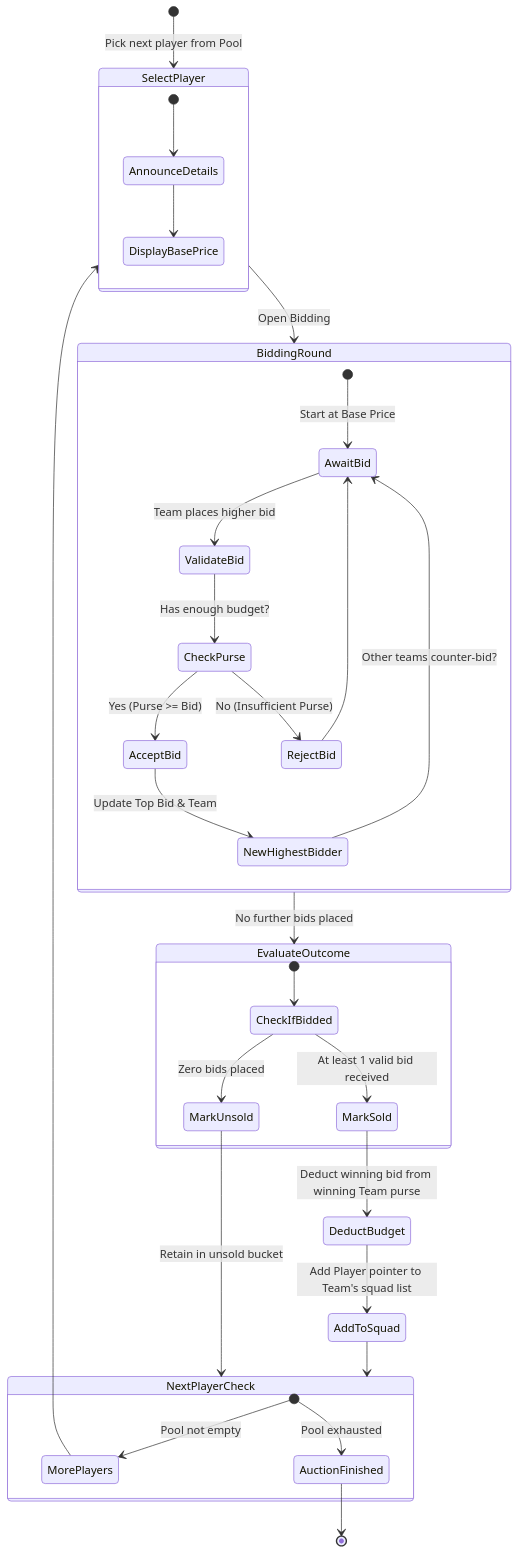
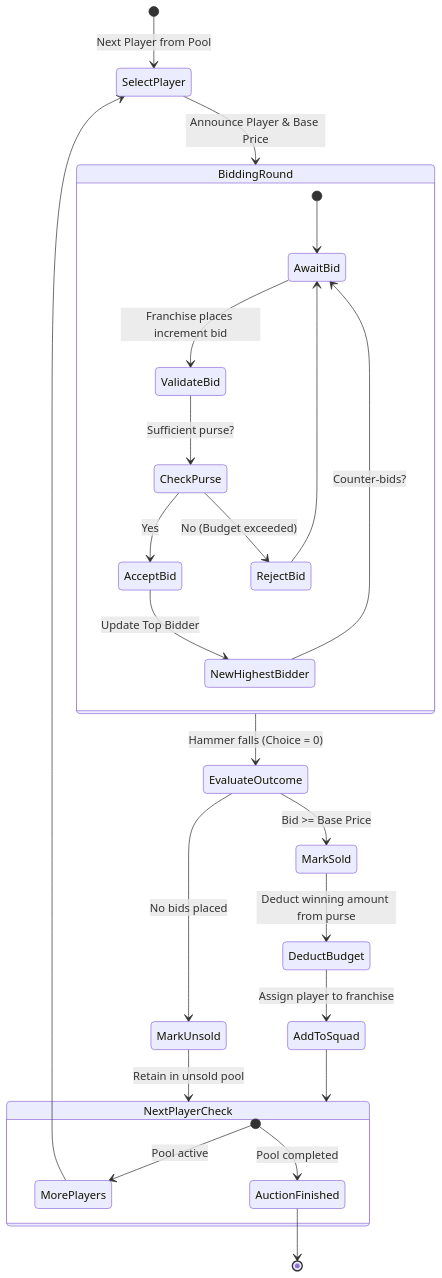
One commit to sumitmule86-netizen/IOOP-project changed the third of 3 diagrams in README.md. Above: the diagram before and after it, drawn with Mermaid. The commit also changed other lines of this file and 2 other files, not shown here.

Commit message:
Refactor to pure Player Auction Management System: remove tournament module and streamline code

````diff
--- a/README.md
+++ b/README.md
@@ -254,46 +194,34 @@
 ```mermaid
 stateDiagram-v2
-    [*] --> SelectPlayer : Pick next player from Pool
+    [*] --> SelectPlayer : Next Player from Pool
+    SelectPlayer --> BiddingRound : Announce Player & Base Price
     
-    state SelectPlayer {
-        [*] --> AnnounceDetails
-        AnnounceDetails --> DisplayBasePrice
+    state BiddingRound {
+        [*] --> AwaitBid
+        AwaitBid --> ValidateBid : Franchise places increment bid
+        ValidateBid --> CheckPurse : Sufficient purse?
+        CheckPurse --> AcceptBid : Yes
+        CheckPurse --> RejectBid : No (Budget exceeded)
+        RejectBid --> AwaitBid
+        AcceptBid --> NewHighestBidder : Update Top Bidder
+        NewHighestBidder --> AwaitBid : Counter-bids?
     }
 
-    SelectPlayer --> BiddingRound : Open Bidding
-    
-    state BiddingRound {
-        [*] --> AwaitBid : Start at Base Price
-        AwaitBid --> ValidateBid : Team places higher bid
-        ValidateBid --> CheckPurse : Has enough budget?
-        
-        CheckPurse --> AcceptBid : Yes (Purse >= Bid)
-        CheckPurse --> RejectBid : No (Insufficient Purse)
-        RejectBid --> AwaitBid
-        
-        AcceptBid --> NewHighestBidder : Update Top Bid & Team
-        NewHighestBidder --> AwaitBid : Other teams counter-bid?
-    }
+    BiddingRound --> EvaluateOutcome : Hammer falls (Choice = 0)
+    EvaluateOutcome --> MarkSold : Bid >= Base Price
+    EvaluateOutcome --> MarkUnsold : No bids placed
 
-    BiddingRound --> EvaluateOutcome : No further bids placed
-
-    state EvaluateOutcome {
-        [*] --> CheckIfBidded
-        CheckIfBidded --> MarkSold : At least 1 valid bid received
-        CheckIfBidded --> MarkUnsold : Zero bids placed
-    }
-
-    MarkSold --> DeductBudget : Deduct winning bid from winning Team purse
-    DeductBudget --> AddToSquad : Add Player pointer to Team's squad list
+    MarkSold --> DeductBudget : Deduct winning amount from purse
+    DeductBudget --> AddToSquad : Assign player to franchise
     AddToSquad --> NextPlayerCheck
 
-    MarkUnsold --> NextPlayerCheck : Retain in unsold bucket
+    MarkUnsold --> NextPlayerCheck : Retain in unsold pool
 
     state NextPlayerCheck {
-        [*] --> MorePlayers : Pool not empty
-        [*] --> AuctionFinished : Pool exhausted
+        [*] --> MorePlayers : Pool active
+        [*] --> AuctionFinished : Pool completed
     }
 
     MorePlayers --> SelectPlayer
     AuctionFinished --> [*]
 ```
````
